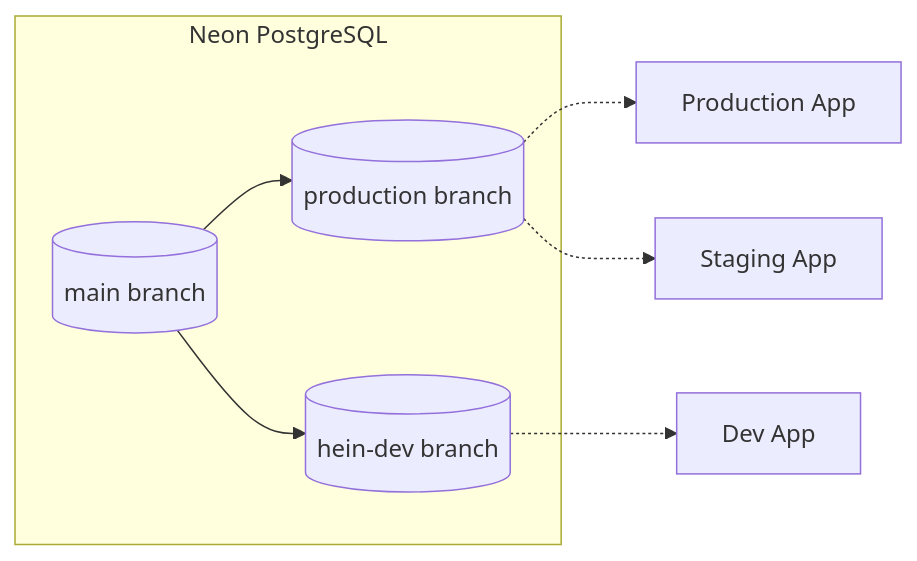
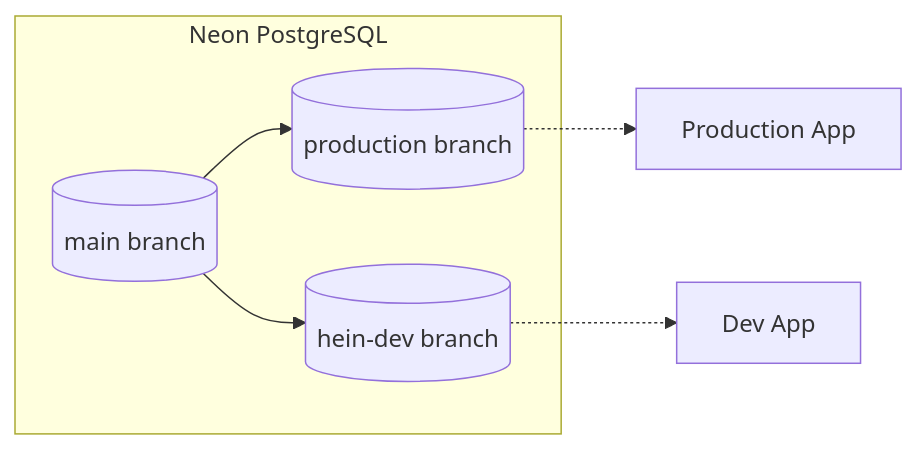
Before and after one commit to VeloF2025/FF_Next.js: the third of 3 diagrams in .claude/knowledge-base/architecture/deployment.md, drawn with Mermaid. The commit also changed other lines of this file and 32 other files, not shown here.

````diff
--- a/.claude/knowledge-base/architecture/deployment.md
+++ b/.claude/knowledge-base/architecture/deployment.md
@@ -195,15 +186,14 @@
 ```mermaid
 graph LR
     subgraph "Neon PostgreSQL"
         Main[(main branch)]
         Prod[(production branch)]
         HeinDev[(hein-dev branch)]
     end
 
     Main --> Prod
     Main --> HeinDev
 
     Prod -.-> ProdApp[Production App]
-    Prod -.-> StagingApp[Staging App]
     HeinDev -.-> DevApp[Dev App]
 ```
````
